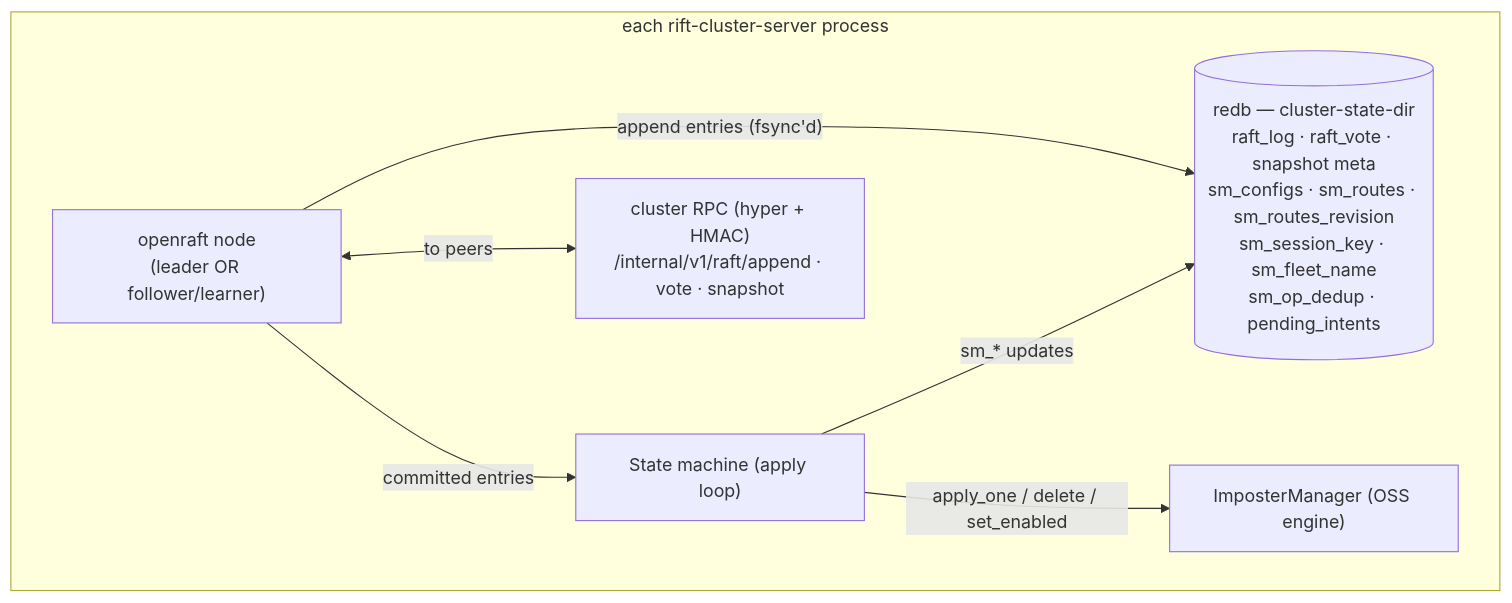
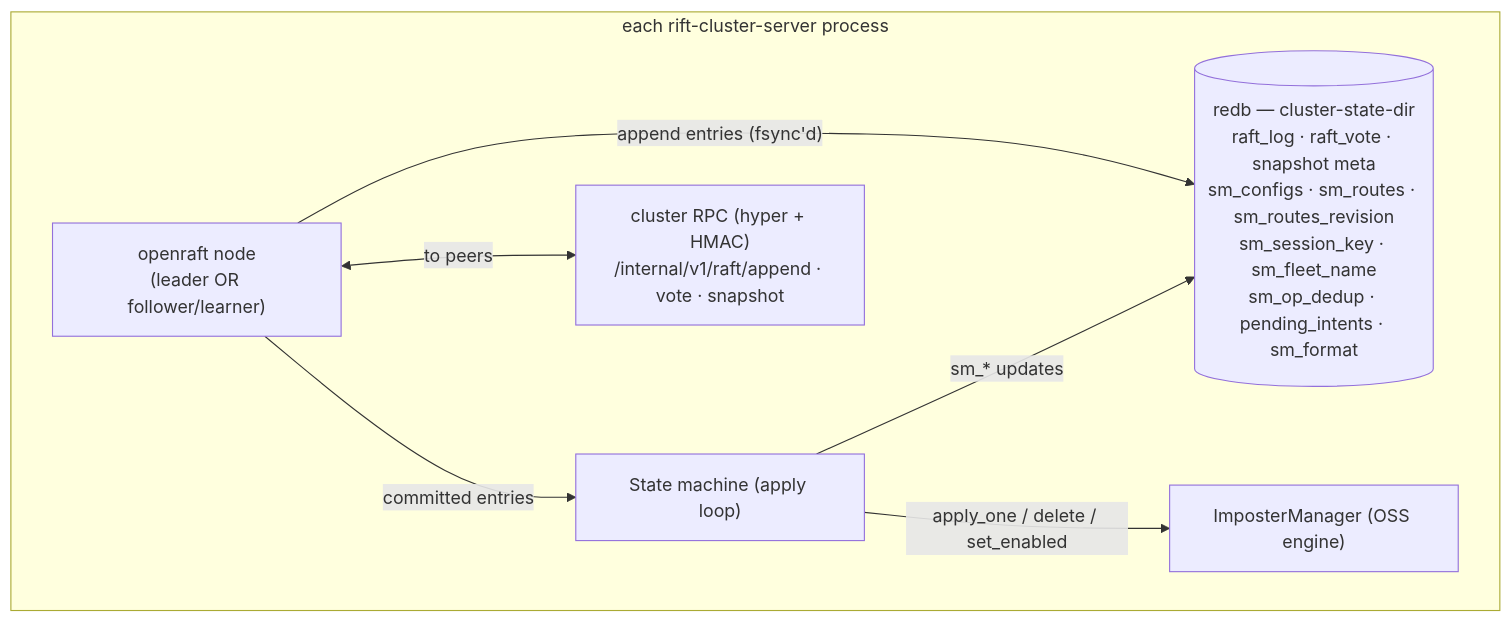
One commit to achird-labs/rift-cluster changed the first of 2 diagrams in docs/architecture/03-control-plane.md. Above: the diagram before and after it, drawn with Mermaid. The commit also changed 4 other files, not shown here.

First line of the commit message:
perf(store): store configs as nested JSON and refuse a state dir of another format (#660)

````diff
--- a/docs/architecture/03-control-plane.md
+++ b/docs/architecture/03-control-plane.md
@@ -37,16 +37,16 @@
 ```mermaid
 flowchart TB
     subgraph Node["each rift-cluster-server process"]
         RN["openraft node<br/>(leader OR follower/learner)"]
         SM["State machine (apply loop)"]
-        DB[("redb — cluster-state-dir<br/>raft_log · raft_vote · snapshot meta<br/>sm_configs · sm_routes · sm_routes_revision<br/>sm_session_key · sm_fleet_name<br/>sm_op_dedup · pending_intents")]
+        DB[("redb — cluster-state-dir<br/>raft_log · raft_vote · snapshot meta<br/>sm_configs · sm_routes · sm_routes_revision<br/>sm_session_key · sm_fleet_name<br/>sm_op_dedup · pending_intents · sm_format")]
         IM["ImposterManager (OSS engine)"]
         RPC["cluster RPC (hyper + HMAC)<br/>/internal/v1/raft/append · vote · snapshot"]
     end
 
     RN -- "append entries (fsync'd)" --> DB
     RN -- "committed entries" --> SM
     SM -- "sm_* updates" --> DB
     SM -- "apply_one / delete / set_enabled" --> IM
     RN <-- "to peers" --> RPC
 ```
````
